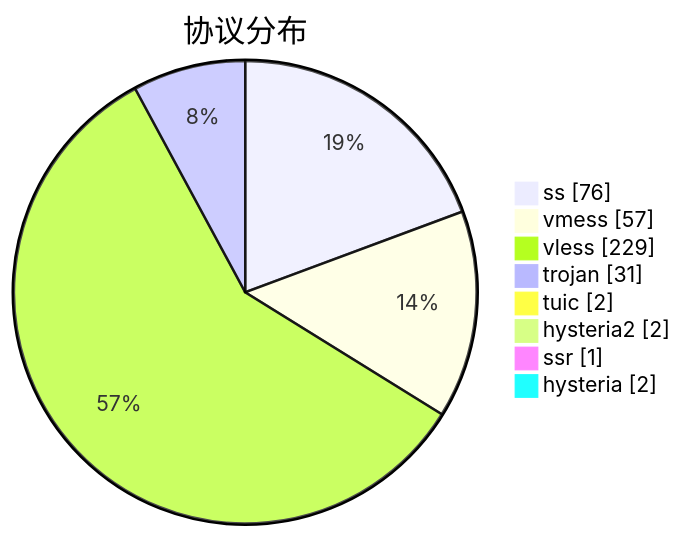
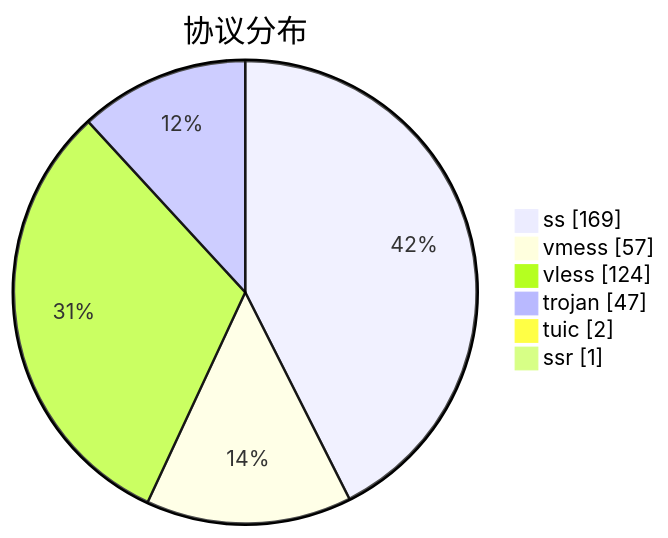
The third of 3 diagrams in subs/statistics/tested_within.md (qjlxg/airport), drawn with Mermaid before and after one commit. The commit also changed other lines of this file and 2 other files, not shown here.

````diff
--- a/subs/statistics/tested_within.md
+++ b/subs/statistics/tested_within.md
@@ -34,12 +37,10 @@
 ```mermaid
 pie showData
 title 协议分布
-"ss" : 76
+"ss" : 169
 "vmess" : 57
-"vless" : 229
-"trojan" : 31
+"vless" : 124
+"trojan" : 47
 "tuic" : 2
-"hysteria2" : 2
 "ssr" : 1
-"hysteria" : 2
 ```
````
